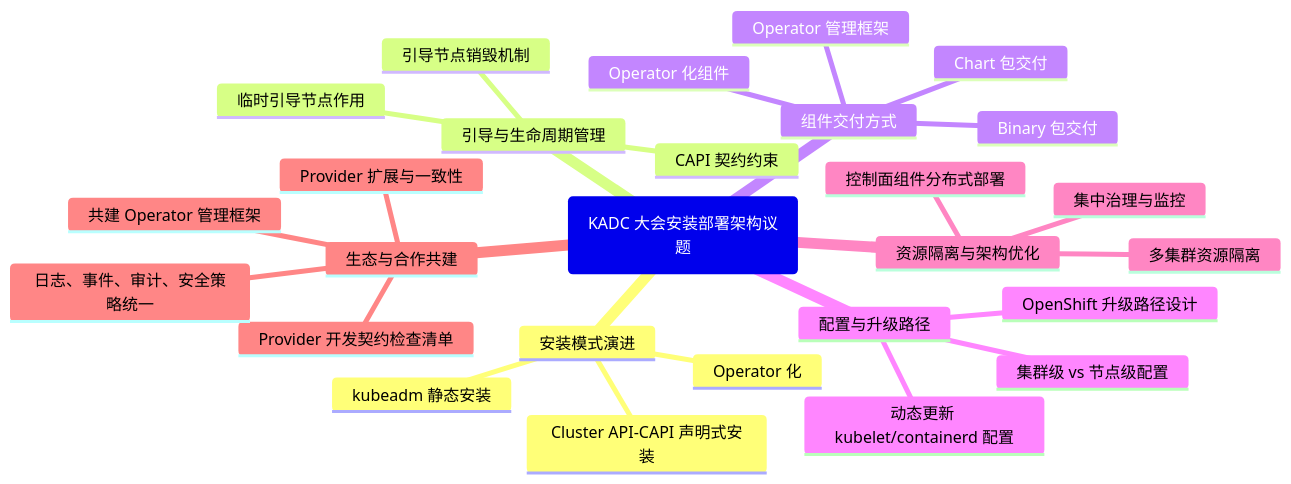
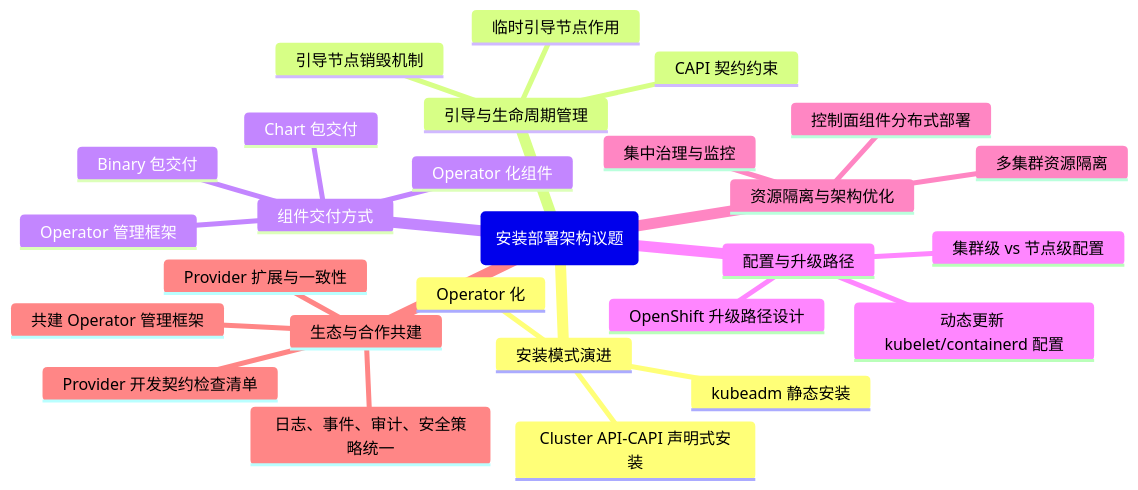
The diagram in code/kadc.md (javadoors/cluster-api-provider-bke), drawn with Mermaid before and after one commit.

````diff
--- a/code/kadc.md
+++ b/code/kadc.md
@@ -36,30 +36,30 @@
 ```mermaid
 mindmap
-  root(KADC 大会安装部署架构议题)
+  root(安装部署架构议题)
     安装模式演进
       kubeadm 静态安装
       Operator 化
       Cluster API-CAPI 声明式安装
     引导与生命周期管理
       临时引导节点作用
       引导节点销毁机制
       CAPI 契约约束
     组件交付方式
       Chart 包交付
       Binary 包交付
       Operator 化组件
       Operator 管理框架
     配置与升级路径
       动态更新 kubelet/containerd 配置
       集群级 vs 节点级配置
       OpenShift 升级路径设计
     资源隔离与架构优化
       控制面组件分布式部署
       多集群资源隔离
       集中治理与监控
     生态与合作共建
       Provider 开发契约检查清单
       Provider 扩展与一致性
       共建 Operator 管理框架
       日志、事件、审计、安全策略统一
 ```
````
